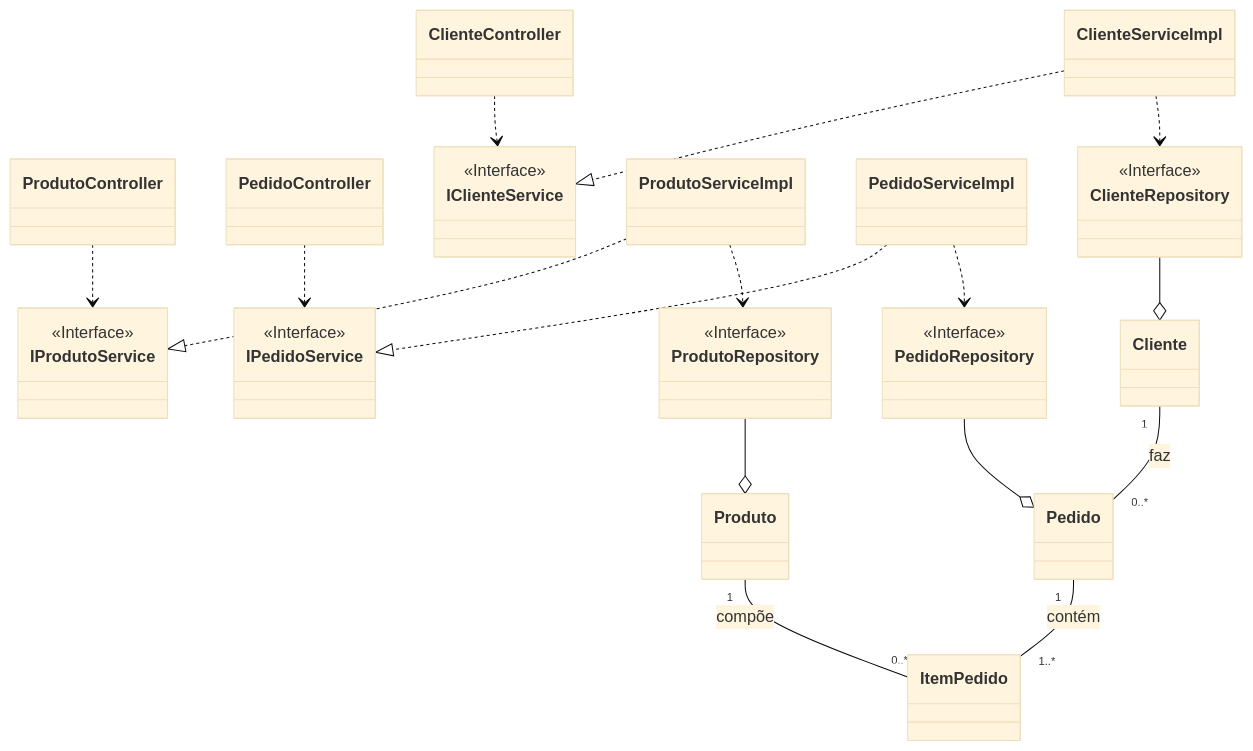
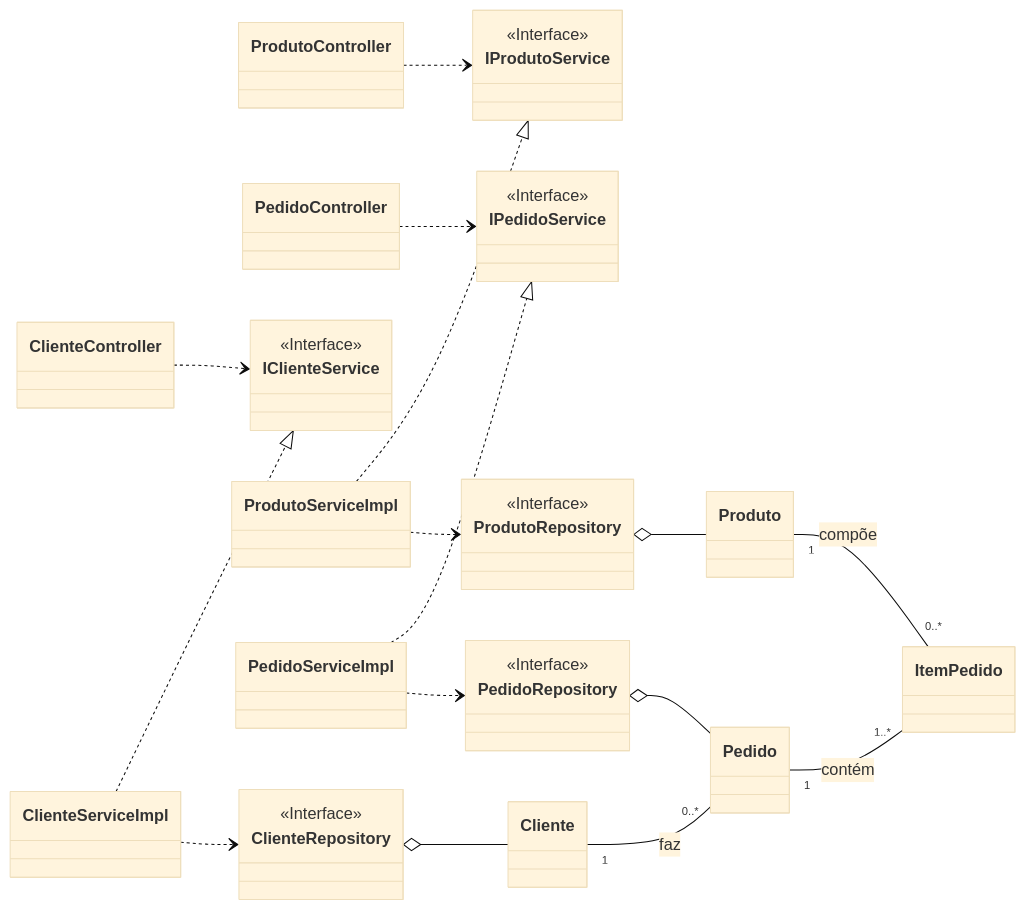
The fourth of 5 diagrams in DESENHO_ARQUITETURAL.md (iagobrdev/orders-bootcamp), drawn with Mermaid (base theme) before and after one commit.

Commit message:
desenho arquitetura

````diff
--- a/DESENHO_ARQUITETURAL.md
+++ b/DESENHO_ARQUITETURAL.md
@@ -212,61 +212,55 @@
 ```mermaid
 classDiagram
-    direction TB
+    direction LR
 
-    %% Camada de Controller (View)
+    %% Camada de Controller
     class ClienteController
     class ProdutoController
     class PedidoController
 
-    %% Camada de Service (Controller Logic)
-    class IClienteService {
-        <<Interface>>
-    }
+    %% Camada de Service - Interfaces
+    class IClienteService { <<Interface>> }
+    class IProdutoService { <<Interface>> }
+    class IPedidoService { <<Interface>> }
+
+    %% Camada de Service - Implementações
     class ClienteServiceImpl
-    class IProdutoService {
-        <<Interface>>
-    }
     class ProdutoServiceImpl
-    class IPedidoService {
-        <<Interface>>
-    }
     class PedidoServiceImpl
 
-    %% Camada de Repository (Data Access)
-    class ClienteRepository {
-        <<Interface>>
-    }
-    class ProdutoRepository {
-        <<Interface>>
-    }
-    class PedidoRepository {
-        <<Interface>>
-    }
+    %% Camada de Repository - Interfaces
+    class ClienteRepository { <<Interface>> }
+    class ProdutoRepository { <<Interface>> }
+    class PedidoRepository { <<Interface>> }
 
-    %% Camada de Model (Domain)
+    %% Camada de Model - Entidades
     class Cliente
     class Produto
     class Pedido
     class ItemPedido
-    
-    %% Relacionamentos
+
+    %% Relacionamentos Controller -> Service
     ClienteController ..> IClienteService
     ProdutoController ..> IProdutoService
     PedidoController ..> IPedidoService
 
+    %% Relacionamentos Service Impl -> Service Interface
     ClienteServiceImpl ..|> IClienteService
     ProdutoServiceImpl ..|> IProdutoService
     PedidoServiceImpl ..|> IPedidoService
 
+    %% Relacionamentos Service Impl -> Repository
     ClienteServiceImpl ..> ClienteRepository
     ProdutoServiceImpl ..> ProdutoRepository
     PedidoServiceImpl ..> PedidoRepository
 
-    ClienteRepository --o Cliente
-    ProdutoRepository --o Produto
-    PedidoRepository --o Pedido
+    %% Relacionamentos Repository -> Model
+    ClienteRepository o-- Cliente
+    ProdutoRepository o-- Produto
+    PedidoRepository o-- Pedido
 
+    %% Relacionamentos entre Entidades
+    Cliente "1" -- "0..*" Pedido : faz
     Pedido "1" -- "1..*" ItemPedido : contém
-    Cliente "1" -- "0..*" Pedido : faz
     Produto "1" -- "0..*" ItemPedido : compõe
 ```
````
